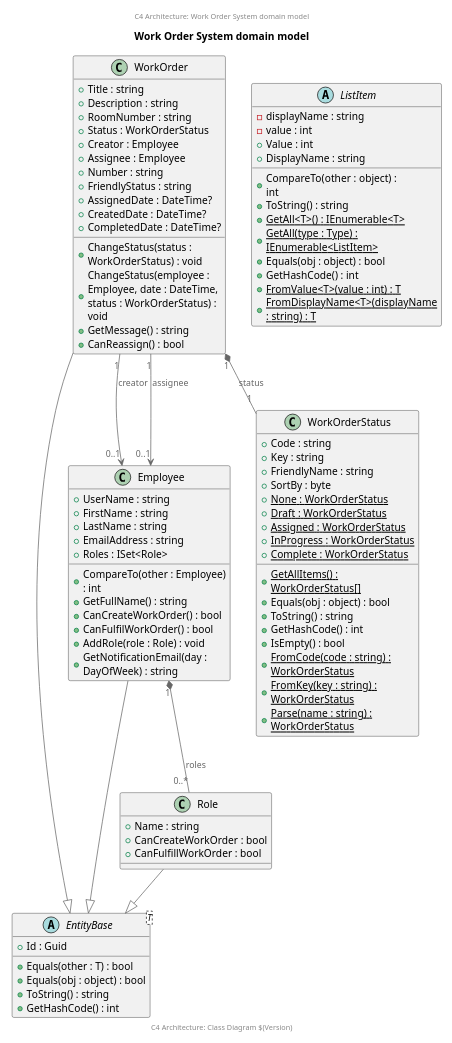
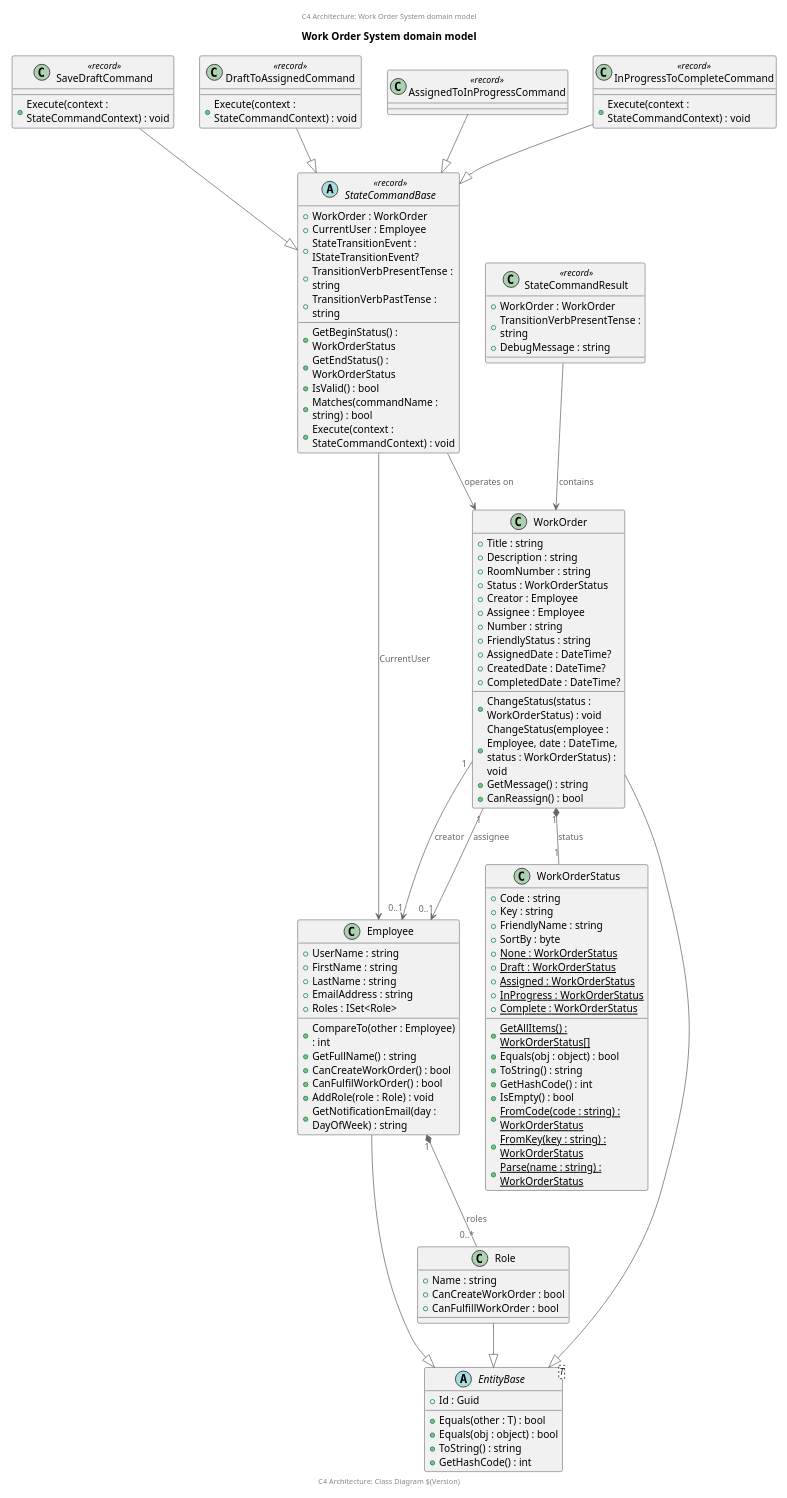
The diagram in arch/arch-c4-class-domain-model.puml (ClearMeasureLabs/bootcamp-palermo-workorders), drawn with PlantUML before and after one commit. The commit also changed 27 other files, not shown here.

First line of the commit message:
Update architecture diagrams to match codebase, remove UpdateDescriptionCommand, fix flaky acceptance test

```diff
--- a/arch/arch-c4-class-domain-model.puml
+++ b/arch/arch-c4-class-domain-model.puml
@@ -1,108 +1,138 @@
 @startuml
 
 scale 2/3
 'left to right direction
 center header
     C4 Architecture: Work Order System domain model
 endheader
 
 !includeurl https://raw.githubusercontent.com/RicardoNiepel/C4-PlantUML/master/C4_Component.puml
 
 title Work Order System domain model
 
 abstract class EntityBase<T> {
   +Id : Guid
   +Equals(other : T) : bool
   +Equals(obj : object) : bool
   +ToString() : string
   +GetHashCode() : int
 }
 
 class WorkOrder {
   +Title : string
   +Description : string
   +RoomNumber : string
   +Status : WorkOrderStatus
   +Creator : Employee
   +Assignee : Employee
   +Number : string
   +FriendlyStatus : string
   +AssignedDate : DateTime?
   +CreatedDate : DateTime?
   +CompletedDate : DateTime?
   +ChangeStatus(status : WorkOrderStatus) : void
   +ChangeStatus(employee : Employee, date : DateTime, status : WorkOrderStatus) : void
   +GetMessage() : string
   +CanReassign() : bool
 }
 
 class Employee {
   +UserName : string
   +FirstName : string
   +LastName : string
   +EmailAddress : string
   +Roles : ISet<Role>
   +CompareTo(other : Employee) : int
   +GetFullName() : string
   +CanCreateWorkOrder() : bool
   +CanFulfilWorkOrder() : bool
   +AddRole(role : Role) : void
   +GetNotificationEmail(day : DayOfWeek) : string
 }
 
 class WorkOrderStatus {
   +Code : string
   +Key : string
   +FriendlyName : string
   +SortBy : byte
   {static} +None : WorkOrderStatus
   {static} +Draft : WorkOrderStatus
   {static} +Assigned : WorkOrderStatus
   {static} +InProgress : WorkOrderStatus
   {static} +Complete : WorkOrderStatus
   {static} +GetAllItems() : WorkOrderStatus[]
   +Equals(obj : object) : bool
   +ToString() : string
   +GetHashCode() : int
   +IsEmpty() : bool
   {static} +FromCode(code : string) : WorkOrderStatus
   {static} +FromKey(key : string) : WorkOrderStatus
   {static} +Parse(name : string) : WorkOrderStatus
 }
 
 class Role {
   +Name : string
   +CanCreateWorkOrder : bool
   +CanFulfillWorkOrder : bool
 }
 
-abstract class ListItem {
-  -displayName : string
-  -value : int
-  +Value : int
-  +DisplayName : string
-  +CompareTo(other : object) : int
-  +ToString() : string
-  {static} +GetAll<T>() : IEnumerable<T>
-  {static} +GetAll(type : Type) : IEnumerable<ListItem>
-  +Equals(obj : object) : bool
-  +GetHashCode() : int
-  {static} +FromValue<T>(value : int) : T
-  {static} +FromDisplayName<T>(displayName : string) : T
+abstract class StateCommandBase <<record>> {
+  +WorkOrder : WorkOrder
+  +CurrentUser : Employee
+  +StateTransitionEvent : IStateTransitionEvent?
+  +TransitionVerbPresentTense : string
+  +TransitionVerbPastTense : string
+  +GetBeginStatus() : WorkOrderStatus
+  +GetEndStatus() : WorkOrderStatus
+  +IsValid() : bool
+  +Matches(commandName : string) : bool
+  +Execute(context : StateCommandContext) : void
+}
+
+class SaveDraftCommand <<record>> {
+  +Execute(context : StateCommandContext) : void
+}
+
+class DraftToAssignedCommand <<record>> {
+  +Execute(context : StateCommandContext) : void
+}
+
+class AssignedToInProgressCommand <<record>> {
+}
+
+class InProgressToCompleteCommand <<record>> {
+  +Execute(context : StateCommandContext) : void
+}
+
+class StateCommandResult <<record>> {
+  +WorkOrder : WorkOrder
+  +TransitionVerbPresentTense : string
+  +DebugMessage : string
 }
 
 ' Inheritance relationships
 WorkOrder --|> EntityBase
 Employee --|> EntityBase
 Role --|> EntityBase
 
+' State command inheritance
+SaveDraftCommand --|> StateCommandBase
+DraftToAssignedCommand --|> StateCommandBase
+AssignedToInProgressCommand --|> StateCommandBase
+InProgressToCompleteCommand --|> StateCommandBase
+
 ' Associations
 WorkOrder "1" *-- "1" WorkOrderStatus : status
 WorkOrder "1" --> "0..1" Employee : creator
 WorkOrder "1" --> "0..1" Employee : assignee
 Employee "1" *-- "0..*" Role : roles
 
+' State command associations
+StateCommandBase --> WorkOrder : operates on
+StateCommandBase --> Employee : CurrentUser
+StateCommandResult --> WorkOrder : contains
+
 center footer
     C4 Architecture: Class Diagram $(Version)
 endfooter
 @enduml
```
